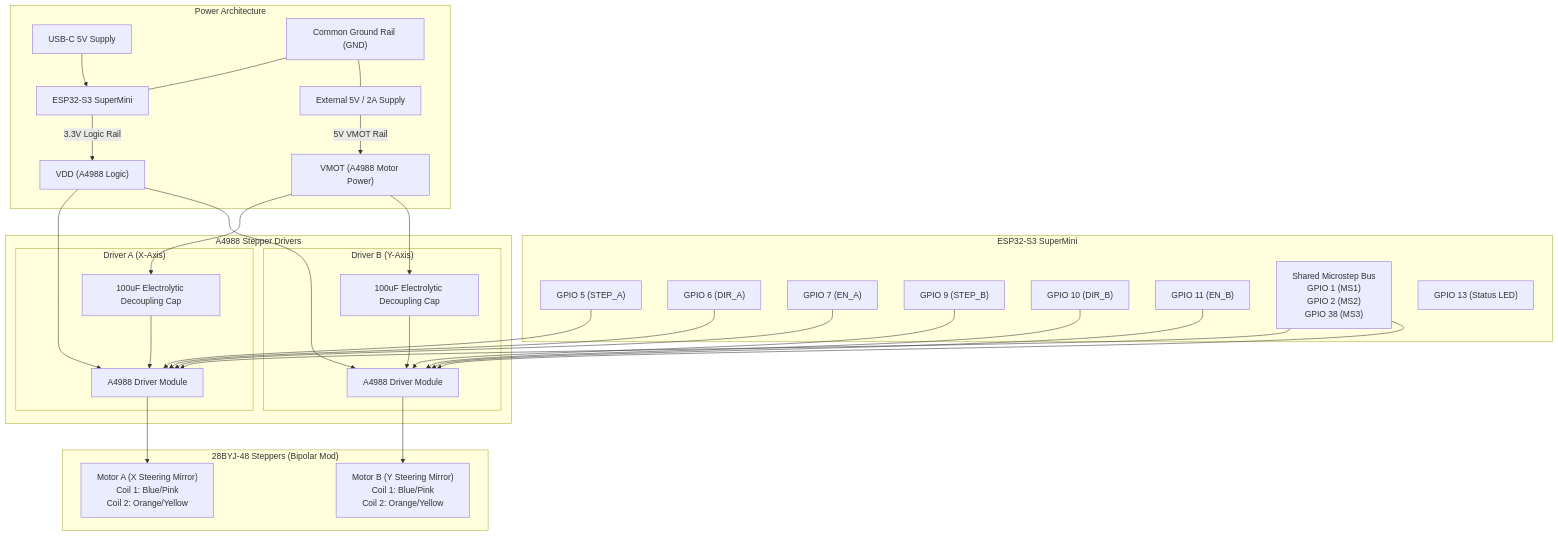
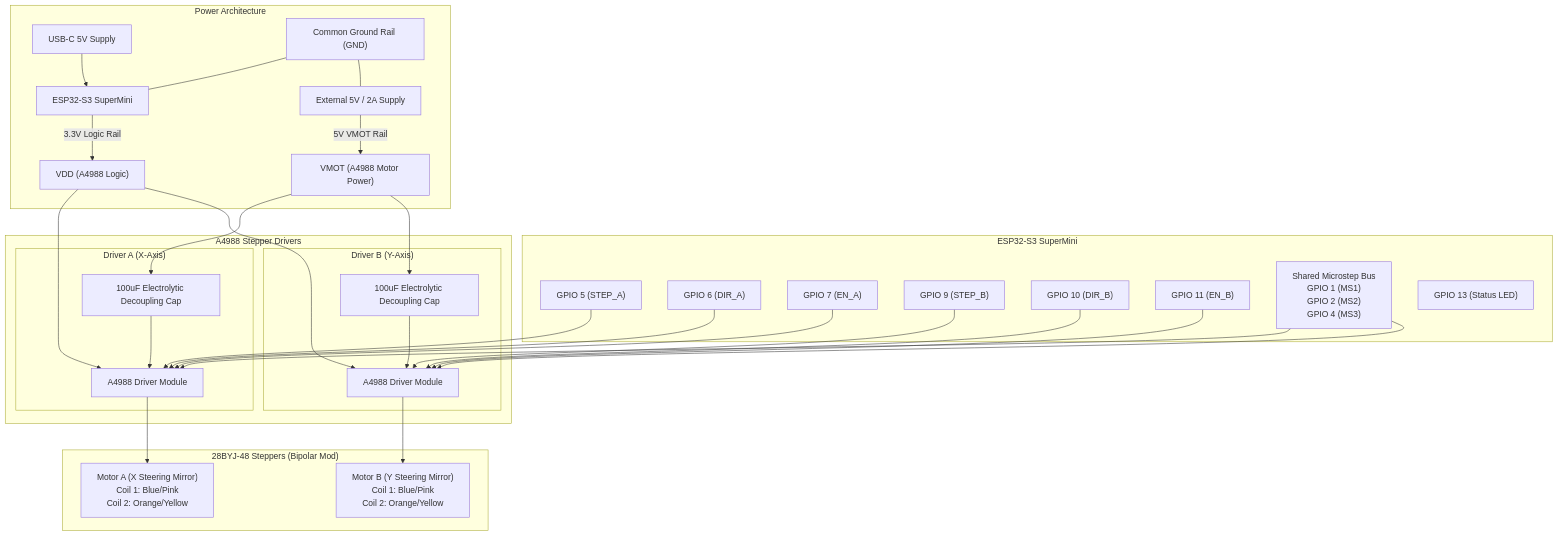
The diagram in stepper_motor_test/TESTING_GUIDE.md (mushfiqbinmusa-ops/Laser_Engraver), drawn with Mermaid before and after one commit. The commit also changed other lines of this file and 2 other files, not shown here.

Commit message:
fix(stepper): update ESP32-S3 SuperMini pinout and add interactive dynamic circuit schematic HTML

````diff
--- a/stepper_motor_test/TESTING_GUIDE.md
+++ b/stepper_motor_test/TESTING_GUIDE.md
@@ -37,54 +37,54 @@
 ```mermaid
 flowchart TD
     subgraph Power["Power Architecture"]
         USB["USB-C 5V Supply"] --> ESP32["ESP32-S3 SuperMini"]
         ESP32 -->|"3.3V Logic Rail"| VDD["VDD (A4988 Logic)"]
         EXT_5V["External 5V / 2A Supply"] -->|"5V VMOT Rail"| VMOT["VMOT (A4988 Motor Power)"]
         GND_SYS["Common Ground Rail (GND)"] --- ESP32
         GND_SYS --- EXT_5V
     end
 
     subgraph Controller["ESP32-S3 SuperMini"]
         IO5["GPIO 5 (STEP_A)"]
         IO6["GPIO 6 (DIR_A)"]
         IO7["GPIO 7 (EN_A)"]
         IO9["GPIO 9 (STEP_B)"]
         IO10["GPIO 10 (DIR_B)"]
         IO11["GPIO 11 (EN_B)"]
-        MS_BUS["Shared Microstep Bus\nGPIO 1 (MS1)\nGPIO 2 (MS2)\nGPIO 38 (MS3)"]
+        MS_BUS["Shared Microstep Bus\nGPIO 1 (MS1)\nGPIO 2 (MS2)\nGPIO 4 (MS3)"]
         IO13["GPIO 13 (Status LED)"]
     end
 
     subgraph Drivers["A4988 Stepper Drivers"]
         subgraph DriverA["Driver A (X-Axis)"]
             DRV_A["A4988 Driver Module"]
             CAP_A["100uF Electrolytic Decoupling Cap"]
         end
         subgraph DriverB["Driver B (Y-Axis)"]
             DRV_B["A4988 Driver Module"]
             CAP_B["100uF Electrolytic Decoupling Cap"]
         end
     end
 
     subgraph Motors["28BYJ-48 Steppers (Bipolar Mod)"]
         MOT_A["Motor A (X Steering Mirror)\nCoil 1: Blue/Pink\nCoil 2: Orange/Yellow"]
         MOT_B["Motor B (Y Steering Mirror)\nCoil 1: Blue/Pink\nCoil 2: Orange/Yellow"]
     end
 
     IO5 --> DRV_A
     IO6 --> DRV_A
     IO7 --> DRV_A
     IO9 --> DRV_B
     IO10 --> DRV_B
     IO11 --> DRV_B
     MS_BUS --> DRV_A
     MS_BUS --> DRV_B
 
     VMOT --> CAP_A --> DRV_A
     VMOT --> CAP_B --> DRV_B
     VDD --> DRV_A
     VDD --> DRV_B
 
     DRV_A --> MOT_A
     DRV_B --> MOT_B
 ```
````
